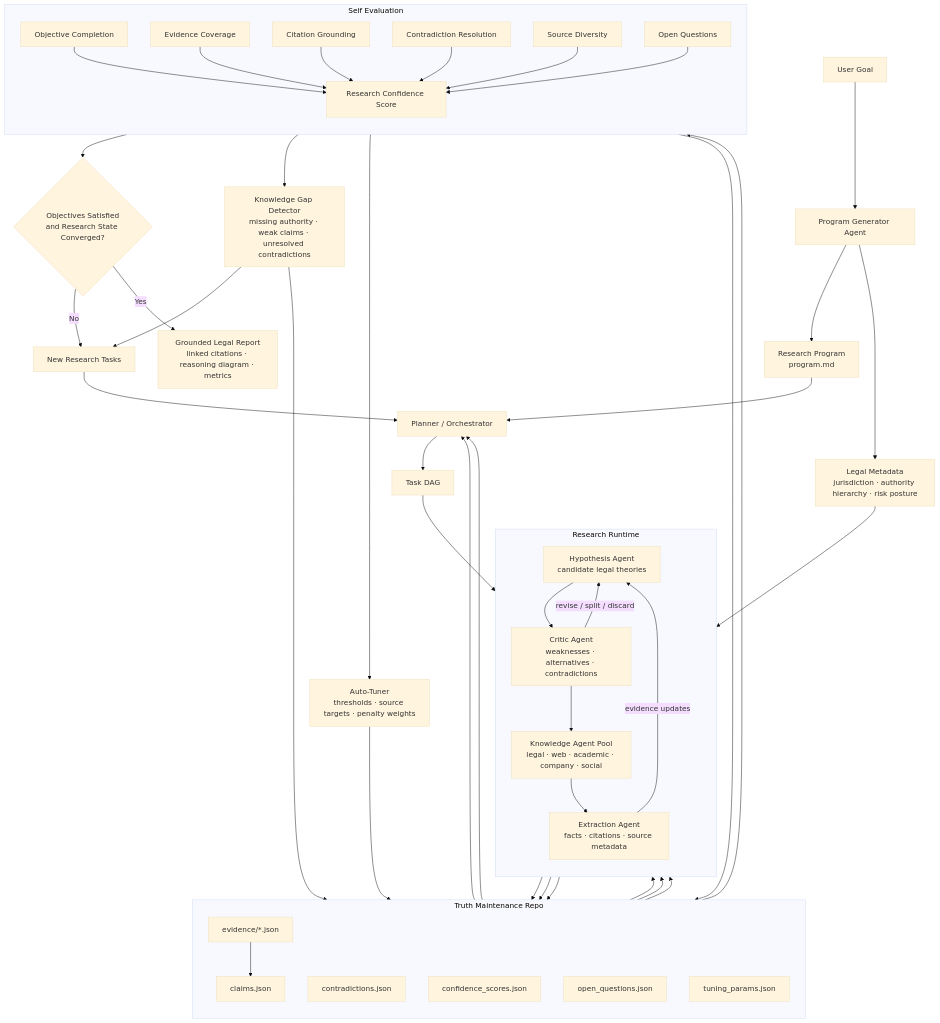
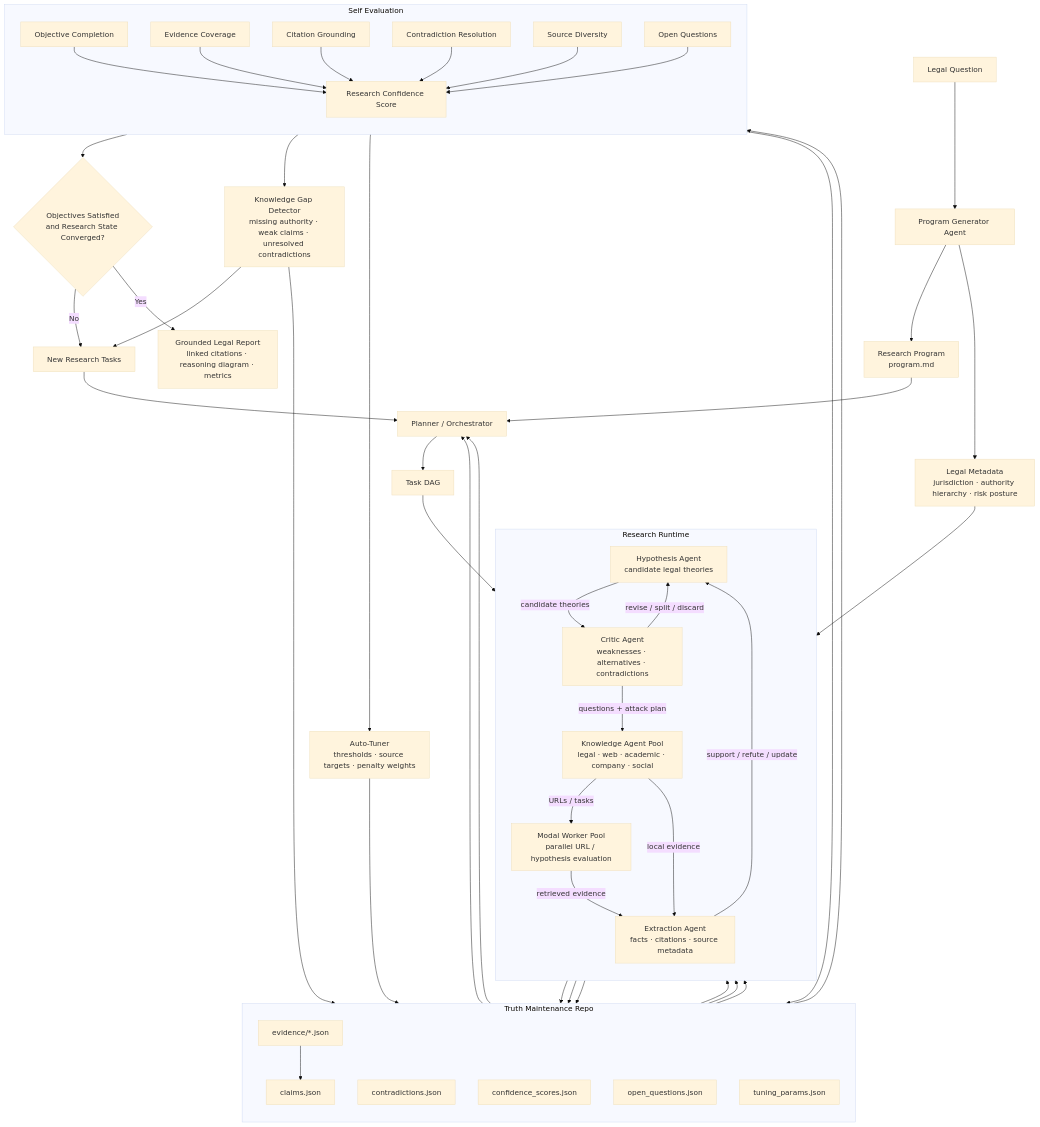
One commit to karthikeyaparunandi/legal-autoresearch-os changed the second of 3 diagrams in README.md. Above: the diagram before and after it, drawn with Mermaid (base theme). The commit also changed other lines of this file, not shown here.

````diff
--- a/README.md
+++ b/README.md
@@ -130,74 +142,77 @@
 ```mermaid
 flowchart TD
-    goal["User Goal"] --> generator["Program Generator Agent"]
+    goal["Legal Question"] --> generator["Program Generator Agent"]
     generator --> program["Research Program<br/>program.md"]
     generator --> legalMeta["Legal Metadata<br/>jurisdiction · authority hierarchy · risk posture"]
 
     program --> planner["Planner / Orchestrator"]
     planner --> tasks["Task DAG"]
 
     subgraph runtime["Research Runtime"]
         direction TB
         hypotheses["Hypothesis Agent<br/>candidate legal theories"]
         critic["Critic Agent<br/>weaknesses · alternatives · contradictions"]
         knowledge["Knowledge Agent Pool<br/>legal · web · academic · company · social"]
+        modalWorkers["Modal Worker Pool<br/>parallel URL / hypothesis evaluation"]
         extraction["Extraction Agent<br/>facts · citations · source metadata"]
-        hypotheses --> critic
-        critic --> knowledge
-        knowledge --> extraction
-        extraction -- "evidence updates" --> hypotheses
+        hypotheses -- "candidate theories" --> critic
+        critic -- "questions + attack plan" --> knowledge
+        knowledge -- "URLs / tasks" --> modalWorkers
+        modalWorkers -- "retrieved evidence" --> extraction
+        knowledge -- "local evidence" --> extraction
+        extraction -- "support / refute / update" --> hypotheses
         critic -- "revise / split / discard" --> hypotheses
     end
 
     tasks --> hypotheses
     legalMeta --> knowledge
 
     subgraph truth["Truth Maintenance Repo"]
         direction TB
         repoClaims["claims.json"]
         repoEvidence["evidence/*.json"]
         repoContradictions["contradictions.json"]
         repoConfidence["confidence_scores.json"]
         repoQuestions["open_questions.json"]
         repoTuning["tuning_params.json"]
     end
 
     hypotheses --> repoClaims
     critic --> repoContradictions
     extraction --> repoEvidence
     repoEvidence --> repoClaims
     repoClaims --> critic
     repoContradictions --> critic
     repoQuestions --> planner
     repoTuning --> planner
     repoTuning --> critic
 
     subgraph evaluator["Self Evaluation"]
         direction TB
         objective["Objective Completion"]
         coverage["Evidence Coverage"]
         grounding["Citation Grounding"]
         contradictionScore["Contradiction Resolution"]
         diversity["Source Diversity"]
         openQ["Open Questions"]
         confidence["Research Confidence Score"]
         objective --> confidence
         coverage --> confidence
         grounding --> confidence
         contradictionScore --> confidence
         diversity --> confidence
         openQ --> confidence
     end
 
     truth --> evaluator
     confidence --> repoConfidence
     evaluator --> gaps["Knowledge Gap Detector<br/>missing authority · weak claims · unresolved contradictions"]
     gaps --> repoQuestions
     gaps --> newTasks["New Research Tasks"]
     newTasks --> planner
     evaluator --> tuner["Auto-Tuner<br/>thresholds · source targets · penalty weights"]
     tuner --> repoTuning
     confidence --> converged{"Objectives Satisfied<br/>and Research State Converged?"}
     converged -- "No" --> newTasks
     converged -- "Yes" --> report["Grounded Legal Report<br/>linked citations · reasoning diagram · metrics"]
 ```
````
